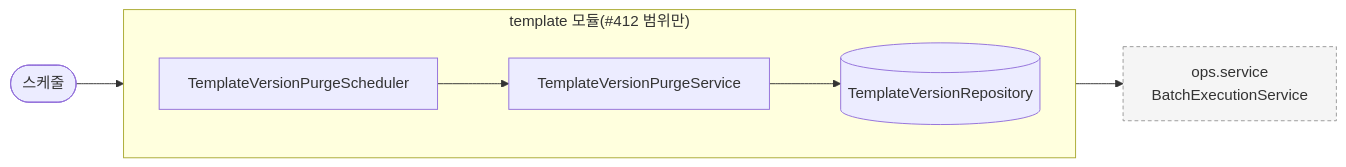
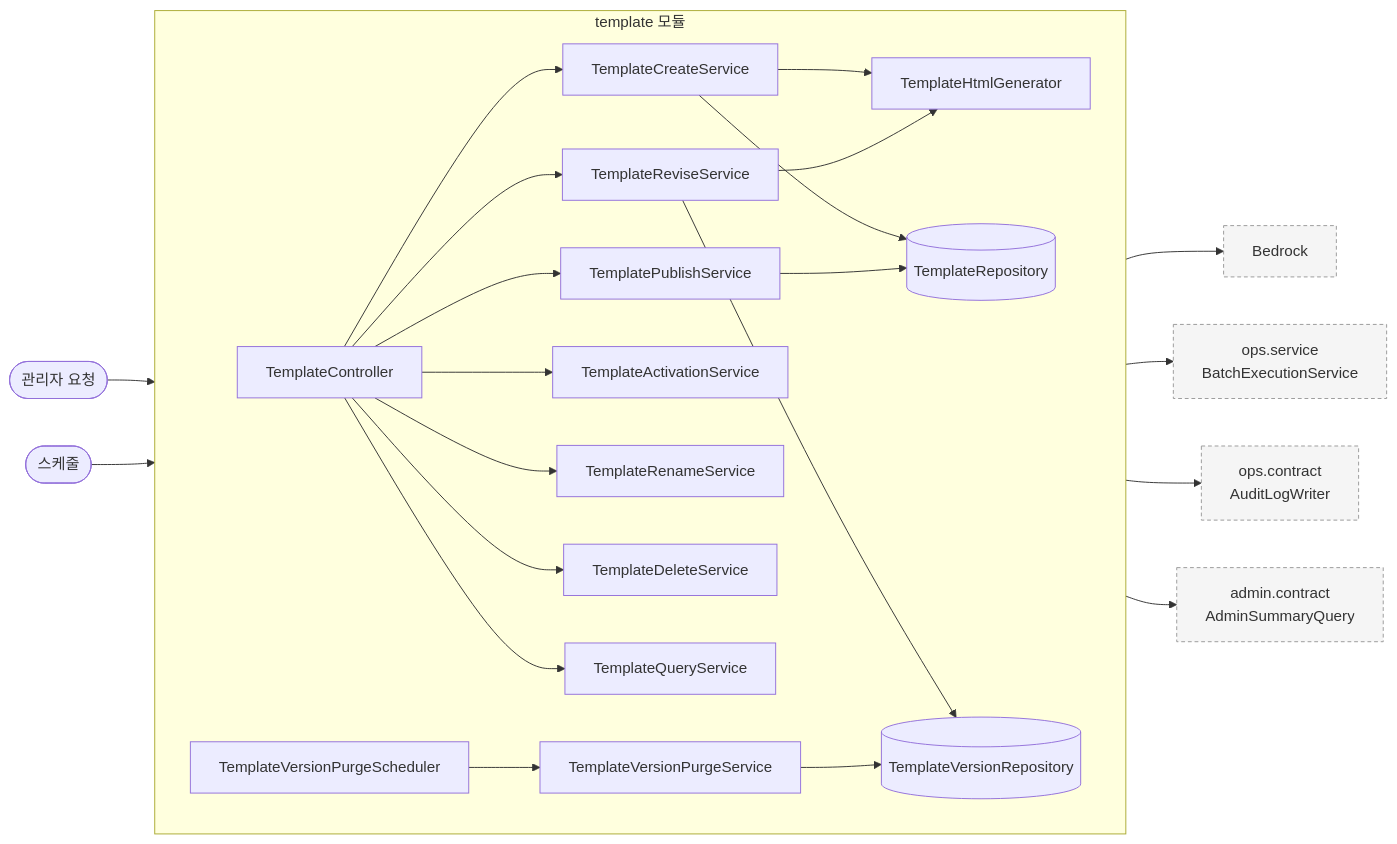
The first of 4 diagrams in docs/design/campaign/template_구조와_동작_설계.md (lunch-catch/lc-backend), drawn with Mermaid before and after one commit. The commit also changed other lines of this file, not shown here.

Commit message:
[Docs] template 구조와 동작 설계의 비어 있던 장을 채운다

````diff
--- a/docs/design/campaign/template_구조와_동작_설계.md
+++ b/docs/design/campaign/template_구조와_동작_설계.md
@@ -67,15 +99,31 @@
 ```mermaid
 flowchart LR
+    REQ([관리자 요청]) --> TC[TemplateController]
     SCH([스케줄]) --> TVPS
 
-    subgraph template["template 모듈(#412 범위만)"]
+    subgraph template["template 모듈"]
         direction LR
+        TC --> CRE[TemplateCreateService]
+        TC --> REV[TemplateReviseService]
+        TC --> PUB[TemplatePublishService]
+        TC --> ACT[TemplateActivationService]
+        TC --> REN[TemplateRenameService]
+        TC --> DEL[TemplateDeleteService]
+        TC --> QRY[TemplateQueryService]
+        CRE --> GEN[TemplateHtmlGenerator]
+        REV --> GEN
+        CRE --> TR[(TemplateRepository)]
+        REV --> TVR[(TemplateVersionRepository)]
+        PUB --> TR
         TVPS[TemplateVersionPurgeScheduler] --> TVPJ[TemplateVersionPurgeService]
-        TVPJ --> TVR[(TemplateVersionRepository)]
+        TVPJ --> TVR
     end
 
+    GEN --> BR["Bedrock"]
     TVPS --> OPS["ops.service<br/>BatchExecutionService"]
+    DEL --> AUD["ops.contract<br/>AuditLogWriter"]
+    QRY --> ADM["admin.contract<br/>AdminSummaryQuery"]
 
     classDef out fill:#f5f5f5,stroke:#999,stroke-dasharray:4 3
-    class OPS out
+    class OPS,AUD,ADM,BR out
 ```
````
